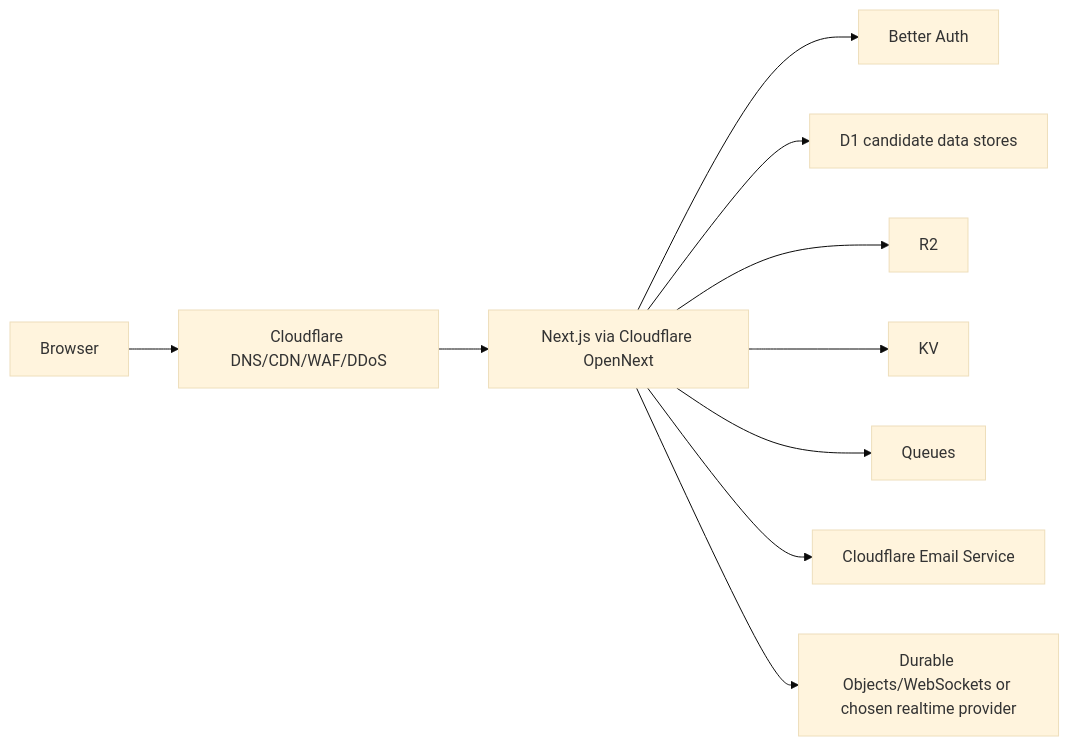
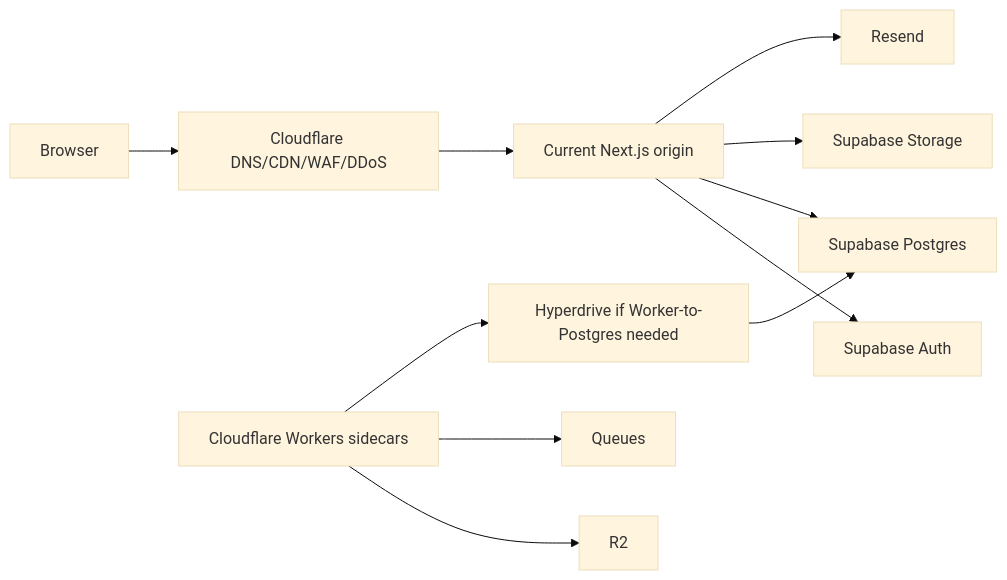
The third of 3 diagrams in .ai/03_plans/2026-06-29-Cloudflare-Migration-Codex/06_ARCHITECTURE_AND_TECHNICAL_DESIGN.md (pjel888/archestimator), drawn with Mermaid (base theme) before and after one commit. The commit also changed other lines of this file and 30 other files, not shown here.

````diff
--- a/.ai/03_plans/2026-06-29-Cloudflare-Migration-Codex/06_ARCHITECTURE_AND_TECHNICAL_DESIGN.md
+++ b/.ai/03_plans/2026-06-29-Cloudflare-Migration-Codex/06_ARCHITECTURE_AND_TECHNICAL_DESIGN.md
@@ -50,12 +49,13 @@
 ```mermaid
 flowchart LR
   User["Browser"] --> CloudflareEdge["Cloudflare DNS/CDN/WAF/DDoS"]
-  CloudflareEdge --> NextWorkers["Next.js via Cloudflare OpenNext"]
-  NextWorkers --> BetterAuth["Better Auth"]
-  NextWorkers --> D1["D1 candidate data stores"]
-  NextWorkers --> R2["R2"]
-  NextWorkers --> KV["KV"]
-  NextWorkers --> Queues["Queues"]
-  NextWorkers --> EmailService["Cloudflare Email Service"]
-  NextWorkers --> RealtimeReplacement["Durable Objects/WebSockets or chosen realtime provider"]
+  CloudflareEdge --> Origin["Current Next.js origin"]
+  Origin --> SupabaseAuth["Supabase Auth"]
+  Origin --> SupabaseDB["Supabase Postgres"]
+  Origin --> SupabaseStorage["Supabase Storage"]
+  Origin --> Resend["Resend"]
+  WorkerSidecars["Cloudflare Workers sidecars"] --> R2["R2"]
+  WorkerSidecars --> Queues["Queues"]
+  WorkerSidecars --> Hyperdrive["Hyperdrive if Worker-to-Postgres needed"]
+  Hyperdrive --> SupabaseDB
 ```
````
